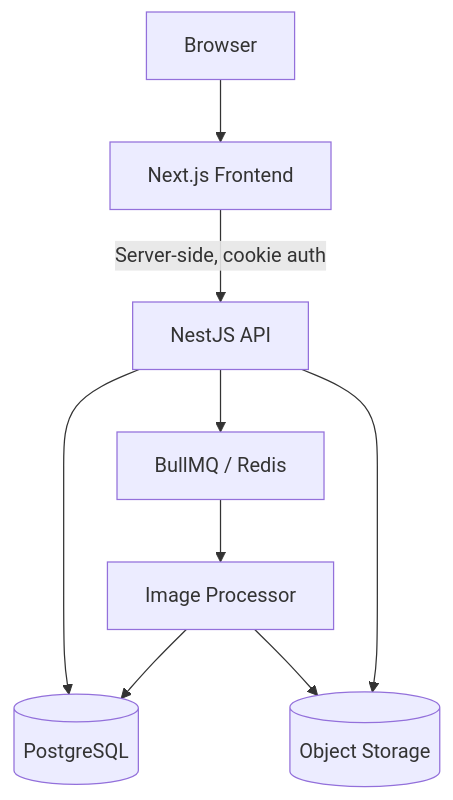
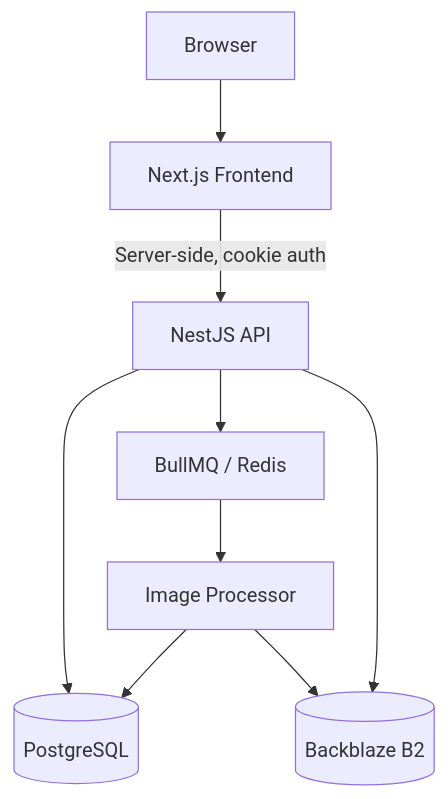
Before and after one commit to zephyrkaidren/moonvault: the diagram in README.md, drawn with Mermaid. The commit also changed other lines of this file and 1 other file, not shown here.

````diff
--- a/README.md
+++ b/README.md
@@ -54,11 +46,11 @@
 ```mermaid
 flowchart TD
     Client[Browser] --> Web[Next.js Frontend]
     Web -->|Server-side, cookie auth| API[NestJS API]
     API --> DB[(PostgreSQL)]
     API --> Queue[BullMQ / Redis]
     Queue --> Worker[Image Processor]
-    Worker --> Storage[(Object Storage)]
+    Worker --> Storage[(Backblaze B2)]
     API --> Storage
     Worker --> DB
 ```
````
